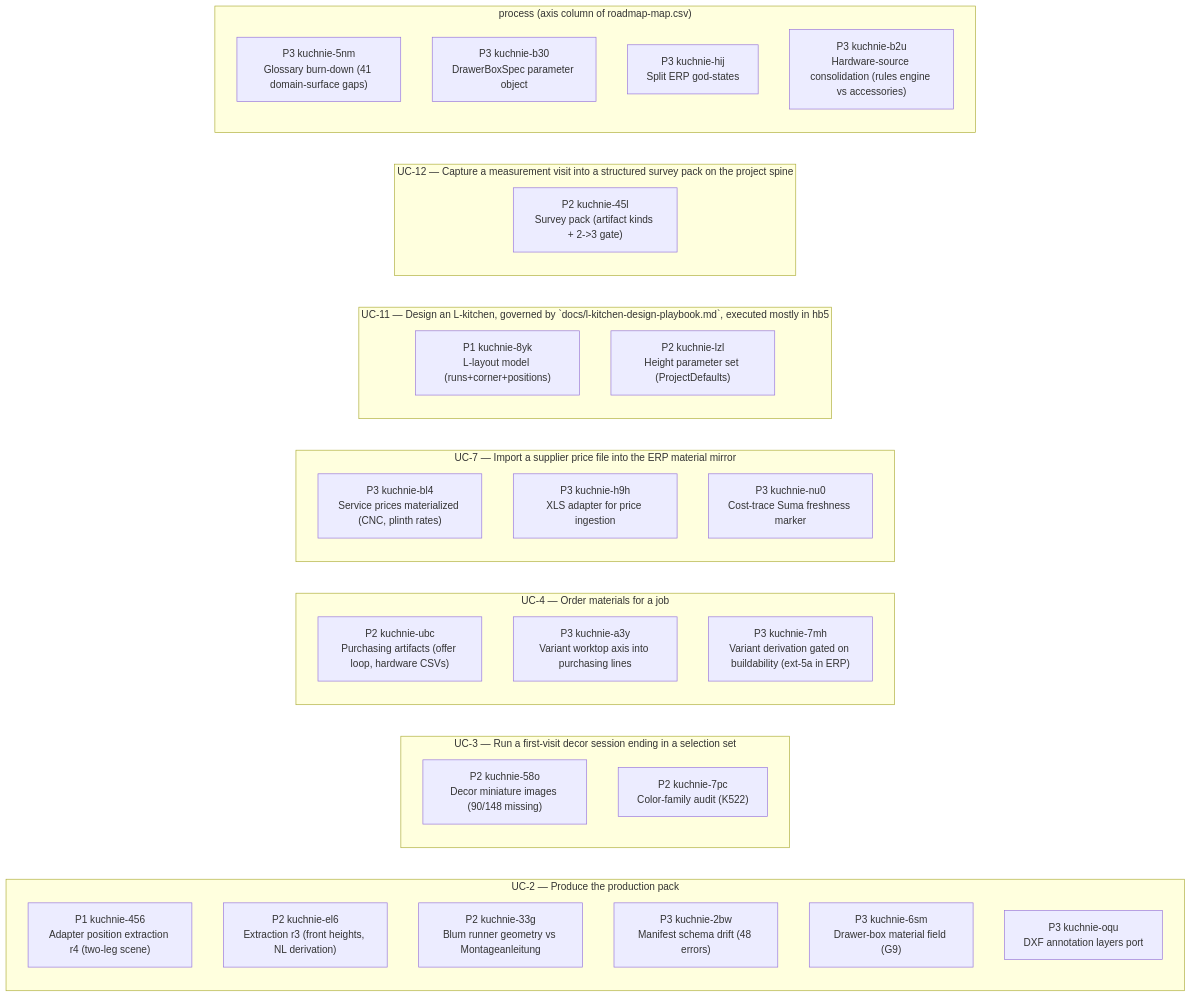
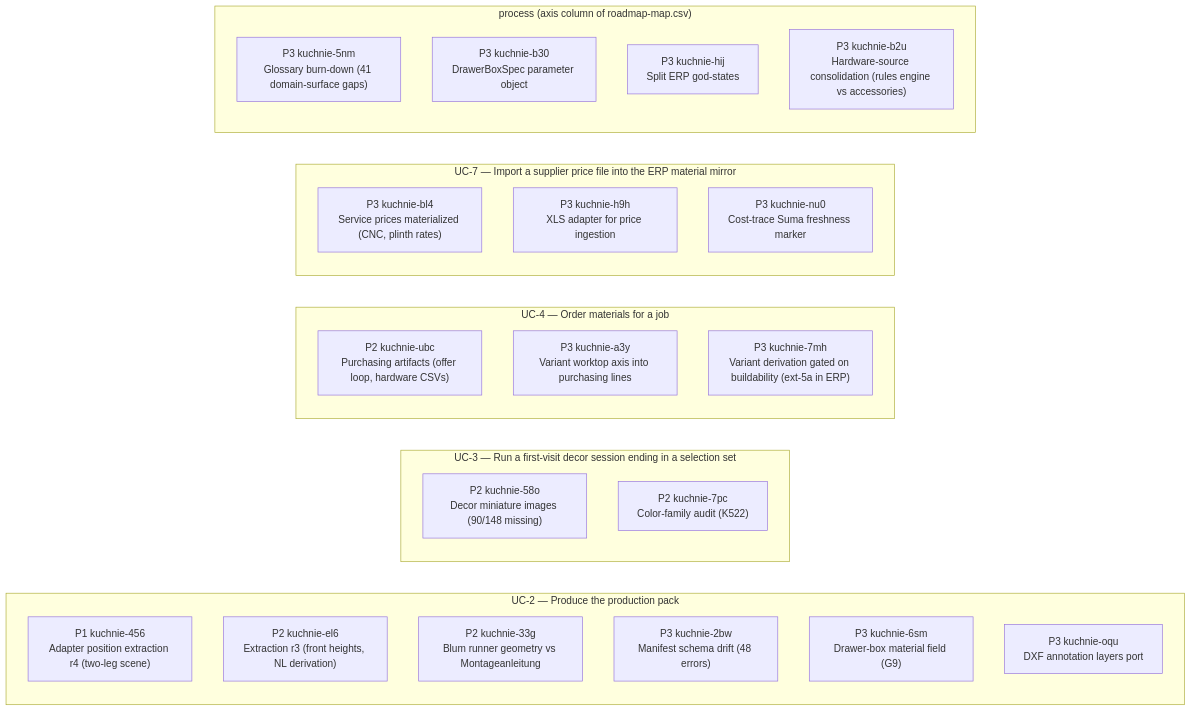
Before and after one commit to m1981/kuchnie: the second of 2 diagrams in STATUS.md, drawn with Mermaid. The commit also changed other lines of this file and 1 other file, not shown here.

First line of the commit message:
status: night-shift dashboard regen -- stage-1: height-parameter-set + gate-widening + l-layout keystone landed

````diff
--- a/STATUS.md
+++ b/STATUS.md
@@ -176,38 +167,31 @@
 ```mermaid
 flowchart LR
     subgraph gUC_2 ["UC-2 — Produce the production pack"]
         u_kuchnie_456["P1 kuchnie-456<br/>Adapter position extraction r4 (two-leg scene)"]
         u_kuchnie_el6["P2 kuchnie-el6<br/>Extraction r3 (front heights, NL derivation)"]
         u_kuchnie_33g["P2 kuchnie-33g<br/>Blum runner geometry vs Montageanleitung"]
         u_kuchnie_2bw["P3 kuchnie-2bw<br/>Manifest schema drift (48 errors)"]
         u_kuchnie_6sm["P3 kuchnie-6sm<br/>Drawer-box material field (G9)"]
         u_kuchnie_oqu["P3 kuchnie-oqu<br/>DXF annotation layers port"]
     end
     subgraph gUC_3 ["UC-3 — Run a first-visit decor session ending in a selection set"]
         u_kuchnie_58o["P2 kuchnie-58o<br/>Decor miniature images (90/148 missing)"]
         u_kuchnie_7pc["P2 kuchnie-7pc<br/>Color-family audit (K522)"]
     end
     subgraph gUC_4 ["UC-4 — Order materials for a job"]
         u_kuchnie_ubc["P2 kuchnie-ubc<br/>Purchasing artifacts (offer loop, hardware CSVs)"]
         u_kuchnie_a3y["P3 kuchnie-a3y<br/>Variant worktop axis into purchasing lines"]
         u_kuchnie_7mh["P3 kuchnie-7mh<br/>Variant derivation gated on buildability (ext-5a in ERP)"]
     end
     subgraph gUC_7 ["UC-7 — Import a supplier price file into the ERP material mirror"]
         u_kuchnie_bl4["P3 kuchnie-bl4<br/>Service prices materialized (CNC, plinth rates)"]
         u_kuchnie_h9h["P3 kuchnie-h9h<br/>XLS adapter for price ingestion"]
         u_kuchnie_nu0["P3 kuchnie-nu0<br/>Cost-trace Suma freshness marker"]
     end
-    subgraph gUC_11 ["UC-11 — Design an L-kitchen, governed by `docs/l-kitchen-design-playbook.md`, executed mostly in hb5"]
-        u_kuchnie_8yk["P1 kuchnie-8yk<br/>L-layout model (runs+corner+positions)"]
-        u_kuchnie_lzl["P2 kuchnie-lzl<br/>Height parameter set (ProjectDefaults)"]
-    end
-    subgraph gUC_12 ["UC-12 — Capture a measurement visit into a structured survey pack on the project spine"]
-        u_kuchnie_45l["P2 kuchnie-45l<br/>Survey pack (artifact kinds + 2->3 gate)"]
-    end
     subgraph g_none ["process (axis column of roadmap-map.csv)"]
         u_kuchnie_5nm["P3 kuchnie-5nm<br/>Glossary burn-down (41 domain-surface gaps)"]
         u_kuchnie_b30["P3 kuchnie-b30<br/>DrawerBoxSpec parameter object"]
         u_kuchnie_hij["P3 kuchnie-hij<br/>Split ERP god-states"]
         u_kuchnie_b2u["P3 kuchnie-b2u<br/>Hardware-source consolidation (rules engine vs accessories)"]
     end
 ```
````
